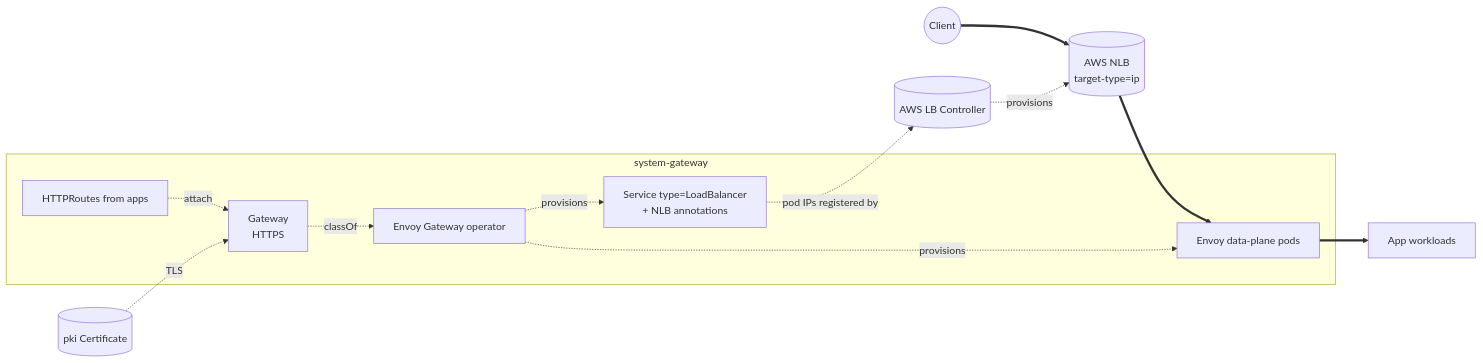
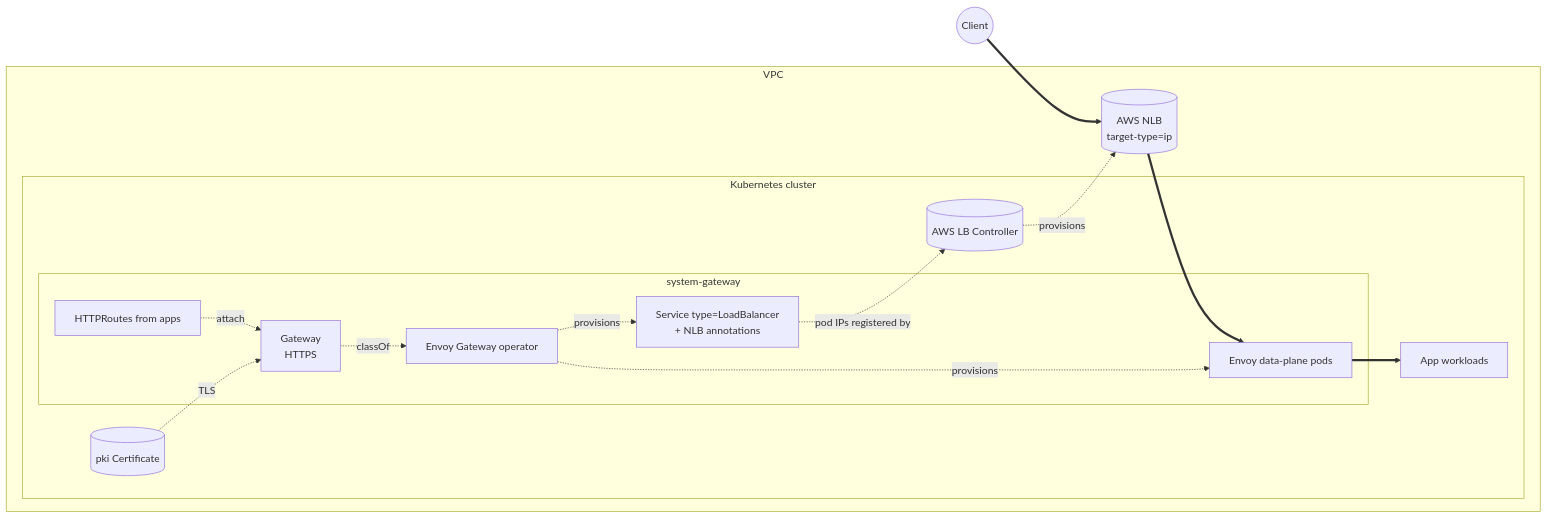
Before and after one commit to windsorcli/core: the third of 4 diagrams in kustomize/gateway/README.md, drawn with Mermaid. The commit also changed other lines of this file and 9 other files, not shown here.

````diff
--- a/kustomize/gateway/README.md
+++ b/kustomize/gateway/README.md
@@ -152,24 +163,29 @@
 ```mermaid
 flowchart LR
   client((Client))
 
-  subgraph systemgateway[system-gateway]
-    op[Envoy Gateway operator]
-    gw[Gateway<br/>HTTPS]
-    routes[HTTPRoutes from apps]
-    svc[Service type=LoadBalancer<br/>+ NLB annotations]
-    envoy[Envoy data-plane pods]
+  subgraph vpc[VPC]
+    nlb[(AWS NLB<br/>target-type=ip)]
+
+    subgraph cluster[Kubernetes cluster]
+      subgraph systemgateway[system-gateway]
+        op[Envoy Gateway operator]
+        gw[Gateway<br/>HTTPS]
+        routes[HTTPRoutes from apps]
+        svc[Service type=LoadBalancer<br/>+ NLB annotations]
+        envoy[Envoy data-plane pods]
+      end
+
+      lbc[(AWS LB Controller)]
+      cert[(pki Certificate)]
+      app[App workloads]
+    end
   end
-
-  nlb[(AWS NLB<br/>target-type=ip)]
-  lbc[(AWS LB Controller)]
-  cert[(pki Certificate)]
-  app[App workloads]
 
   client ==> nlb ==> envoy ==> app
   op -. provisions .-> svc & envoy
   gw -. classOf .-> op
   routes -. attach .-> gw
   cert -. TLS .-> gw
   svc -. pod IPs registered by .-> lbc -. provisions .-> nlb
 ```
````
